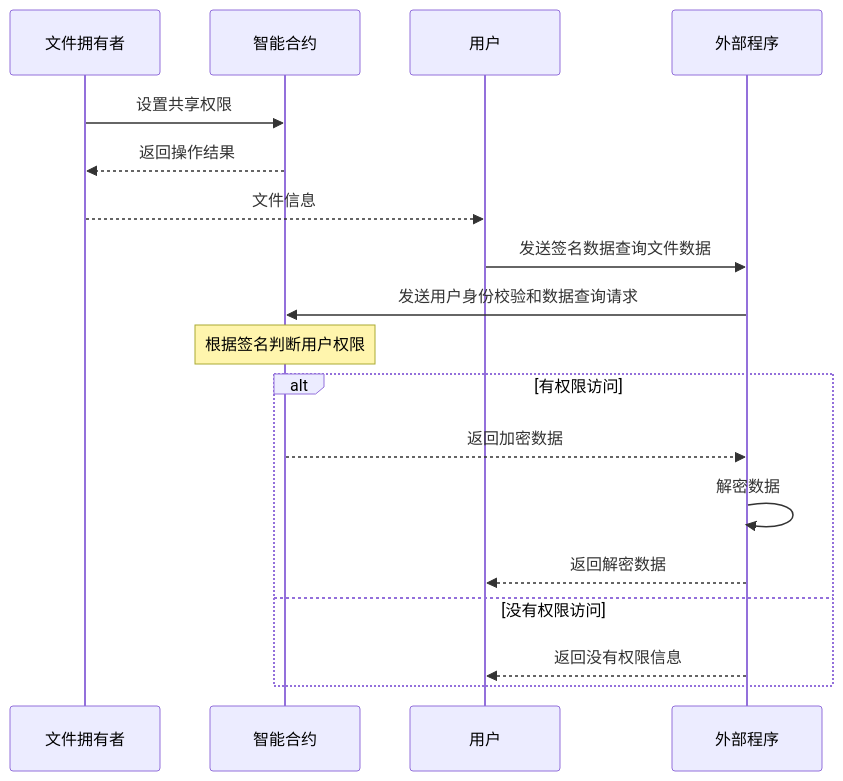
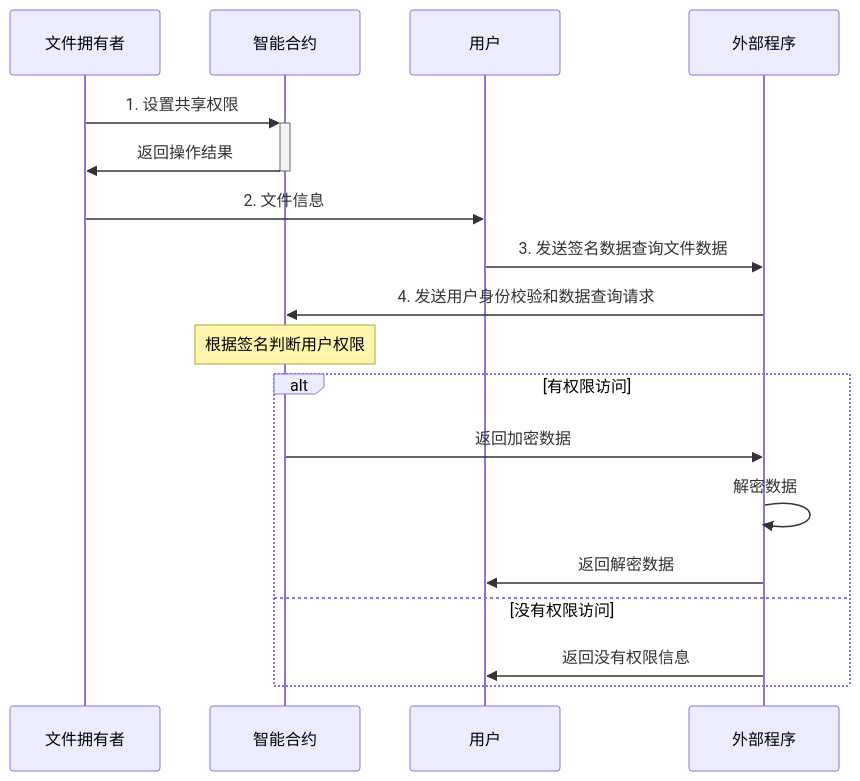
Before and after one commit to MoyunRz/store-data: the fifth of 5 diagrams in doc/合约存取共享.md, drawn with Mermaid. The commit also changed other lines of this file, not shown here.

Commit message:
完善时序图

````diff
--- a/doc/合约存取共享.md
+++ b/doc/合约存取共享.md
@@ -102,21 +102,21 @@
 ```mermaid
 sequenceDiagram
     participant A as 文件拥有者
     participant B as 智能合约
     participant C as 用户
     participant D as 外部程序
 
-    A->>B: 设置共享权限
-    B-->>A: 返回操作结果
-    A-->>C: 文件信息
-    C->>D: 发送签名数据查询文件数据
-    D->>B: 发送用户身份校验和数据查询请求
+    A->>+B: 1. 设置共享权限
+    B->>-A: 返回操作结果
+    A->>C: 2. 文件信息
+    C->>D: 3. 发送签名数据查询文件数据
+    D->>B: 4. 发送用户身份校验和数据查询请求
     Note over B: 根据签名判断用户权限
     alt 有权限访问
-        B-->>D: 返回加密数据
+        B->>D: 返回加密数据
         D->>D: 解密数据
-        D-->>C: 返回解密数据
+        D->>C: 返回解密数据
     else 没有权限访问
-        D-->>C: 返回没有权限信息
+        D->>C: 返回没有权限信息
     end
 ```
````
